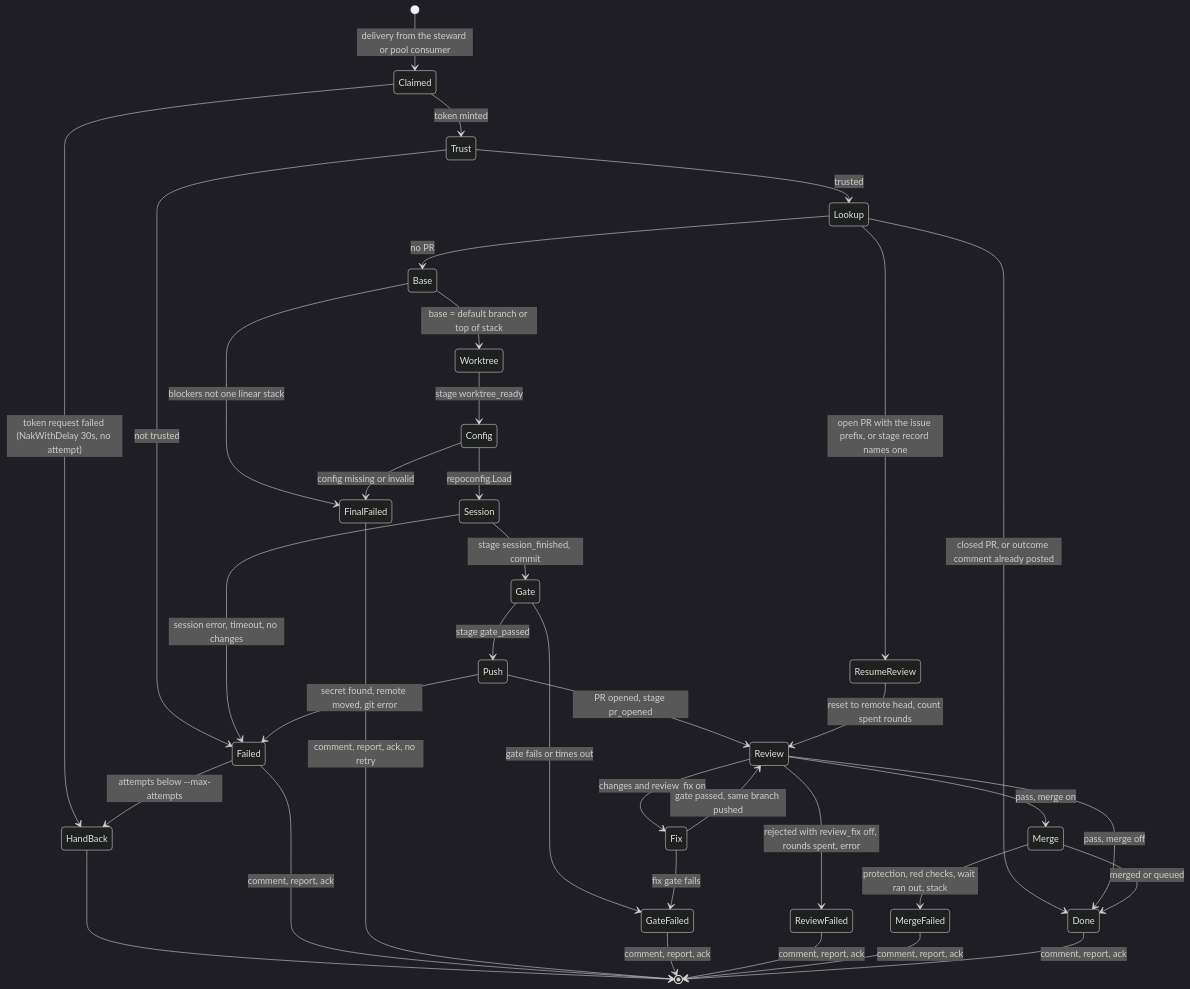
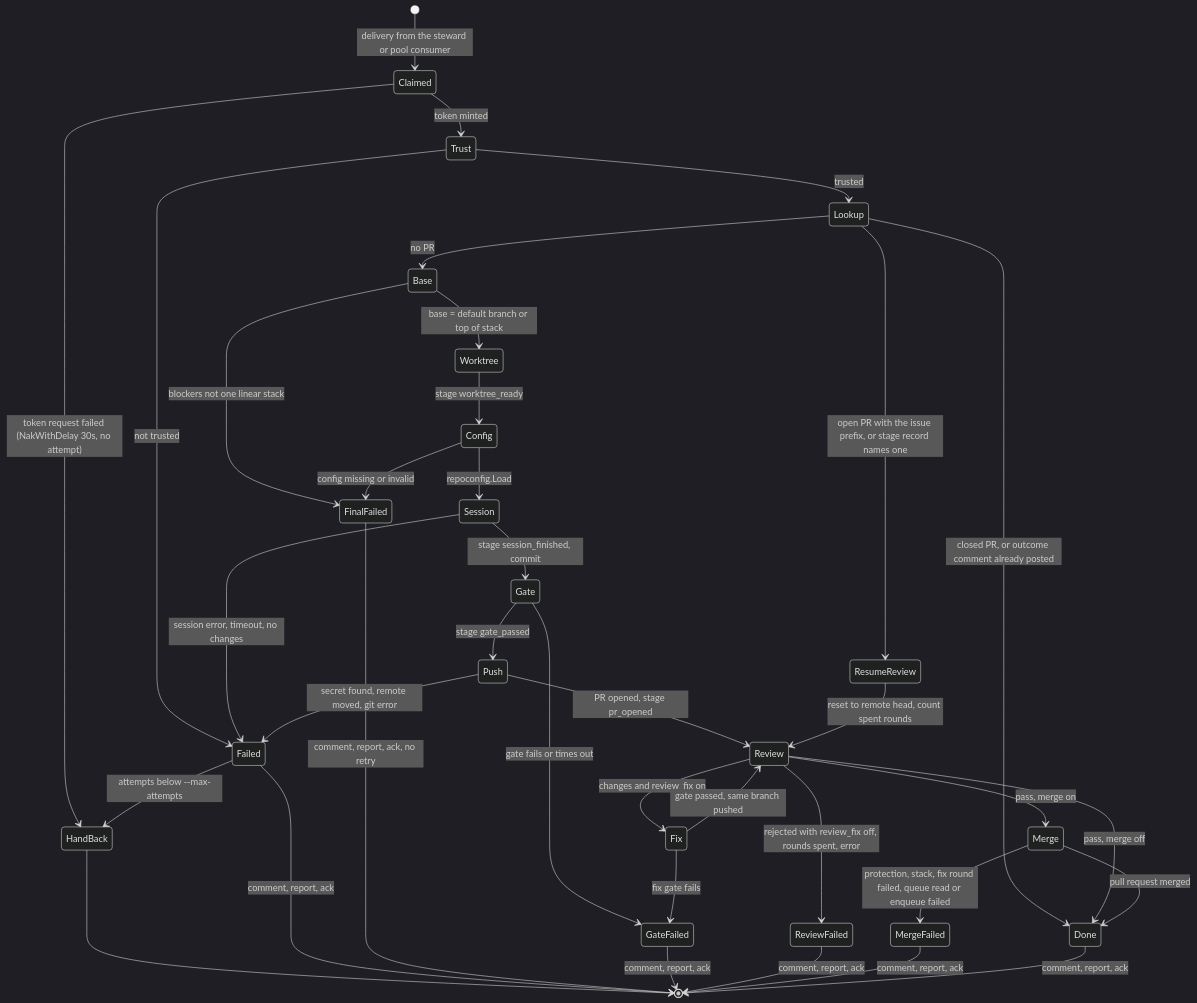
One commit to autobutler-org/schmeide changed the diagram in docs/architecture/runner.md. Above: the diagram before and after it, drawn with Mermaid (dark theme). The commit also changed other lines of this file and 22 other files, not shown here.

First line of the commit message:
keep the job going until its pull request is merged (#261)

````diff
--- a/docs/architecture/runner.md
+++ b/docs/architecture/runner.md
@@ -59,39 +59,39 @@
 ```mermaid
 stateDiagram-v2
     [*] --> Claimed: delivery from the steward or pool consumer
     Claimed --> HandBack: token request failed (NakWithDelay 30s, no attempt)
     Claimed --> Trust: token minted
     Trust --> Failed: not trusted
     Trust --> Lookup: trusted
     Lookup --> ResumeReview: open PR with the issue prefix, or stage record names one
     Lookup --> Done: closed PR, or outcome comment already posted
     Lookup --> Base: no PR
     Base --> FinalFailed: blockers not one linear stack
     Base --> Worktree: base = default branch or top of stack
     Worktree --> Config: stage worktree_ready
     Config --> FinalFailed: config missing or invalid
     Config --> Session: repoconfig.Load
     Session --> Failed: session error, timeout, no changes
     Session --> Gate: stage session_finished, commit
     Gate --> GateFailed: gate fails or times out
     Gate --> Push: stage gate_passed
     Push --> Failed: secret found, remote moved, git error
     Push --> Review: PR opened, stage pr_opened
     ResumeReview --> Review: reset to remote head, count spent rounds
     Review --> ReviewFailed: rejected with review_fix off, rounds spent, error
     Review --> Fix: changes and review_fix on
     Fix --> Review: gate passed, same branch pushed
     Fix --> GateFailed: fix gate fails
     Review --> Done: pass, merge off
     Review --> Merge: pass, merge on
-    Merge --> Done: merged or queued
-    Merge --> MergeFailed: protection, red checks, wait ran out, stack
+    Merge --> Done: pull request merged
+    Merge --> MergeFailed: protection, stack, fix round failed, queue read or enqueue failed
     Failed --> HandBack: attempts below --max-attempts
     HandBack --> [*]
     Failed --> [*]: comment, report, ack
     FinalFailed --> [*]: comment, report, ack, no retry
     GateFailed --> [*]: comment, report, ack
     ReviewFailed --> [*]: comment, report, ack
     MergeFailed --> [*]: comment, report, ack
     Done --> [*]: comment, report, ack
 ```
````
